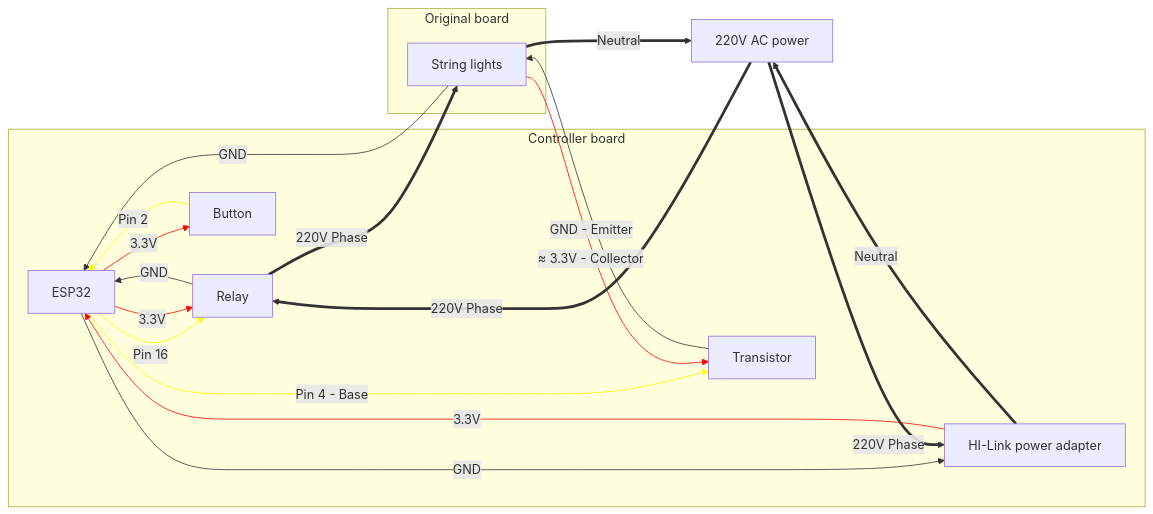
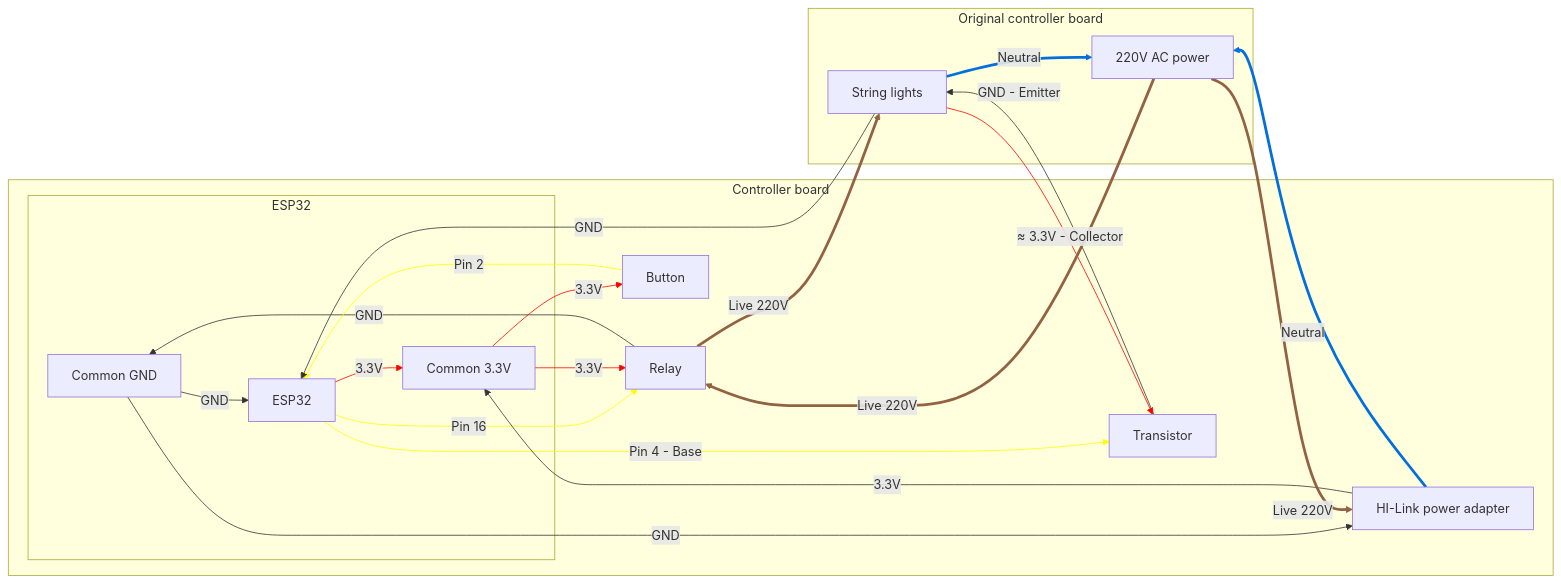
One commit to BSoDium/esp-string-lights changed the diagram in README.md. Above: the diagram before and after it, drawn with Mermaid.

Commit message:
docs: update wiring diagram in README for improved clarity and accuracy of connections

````diff
--- a/README.md
+++ b/README.md
@@ -23,33 +23,43 @@
 ```mermaid
 graph LR
     subgraph Controller board
-      A[ESP32] -->|Pin 16| B[Relay]
-      B -->|GND| A
-      A -->|3.3V| B
+      subgraph ESP32
+        H[Common GND] -->|GND| A[ESP32]
+        A -->|3.3V| I[Common 3.3V]
+      end
+
+      A -->|Pin 16| B[Relay]
+      B -->|GND| H
+      I -->|3.3V| B
       C[Button] -->|Pin 2| A
-      A -->|3.3V| C
+      I -->|3.3V| C
       A -->|Pin 4 - Base| D[Transistor]
-      G[HI-Link power adapter] -->|3.3V| A
-      A -->|GND| G
+      G[HI-Link power adapter] -->|3.3V| I
+      H -->|GND| G
     end
 
-    subgraph Original board
+    subgraph Original controller board
       D -->|GND - Emitter| E[String lights]
       E -->|≈ 3.3V - Collector| D
       E -->|GND| A
+
+      F[220V AC power] ==>|Live 220V| B
+      B ==>|Live 220V| E
+      E ==>|Neutral| F
+      F ==>|Live 220V| G
+      G ==>|Neutral| F
     end
 
-    F[220V AC power] ==>|220V Phase| B
-    B ==>|220V Phase| E
-    E ==>|Neutral| F
-    F ==>|220V Phase| G
-    G ==>|Neutral| F
-   
-    linkStyle 0 stroke: yellow
-    linkStyle 2 stroke: red
-    linkStyle 3 stroke: yellow
+    linkStyle 1 stroke: red
+    linkStyle 2 stroke: yellow
     linkStyle 4 stroke: red
     linkStyle 5 stroke: yellow
     linkStyle 6 stroke: red
-    linkStyle 9 stroke: red
+    linkStyle 7 stroke: yellow
+    linkStyle 11 stroke: red
+    linkStyle 13 stroke: #926243
+    linkStyle 14 stroke: #926243
+    linkStyle 15 stroke: #016FDE
+    linkStyle 16 stroke: #926243
+    linkStyle 17 stroke: #016FDE
 ```
````
